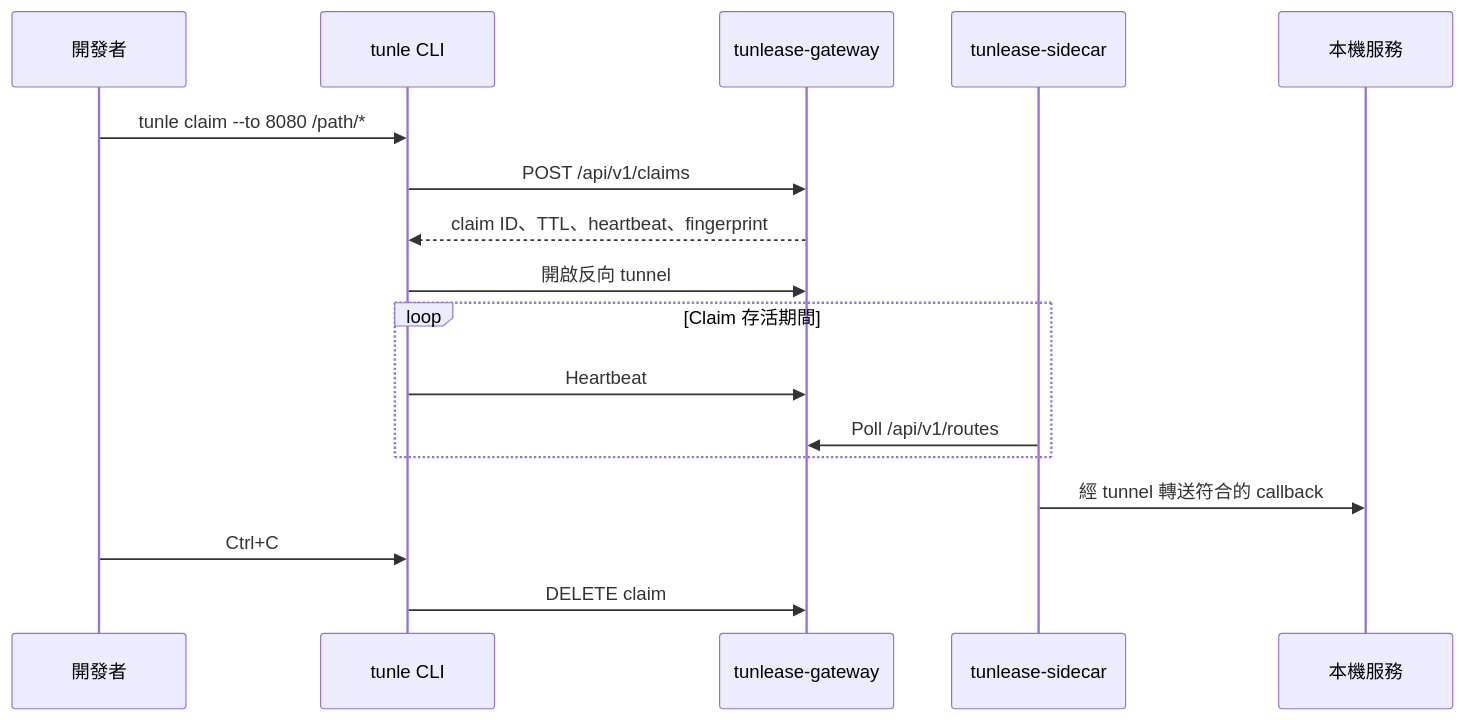
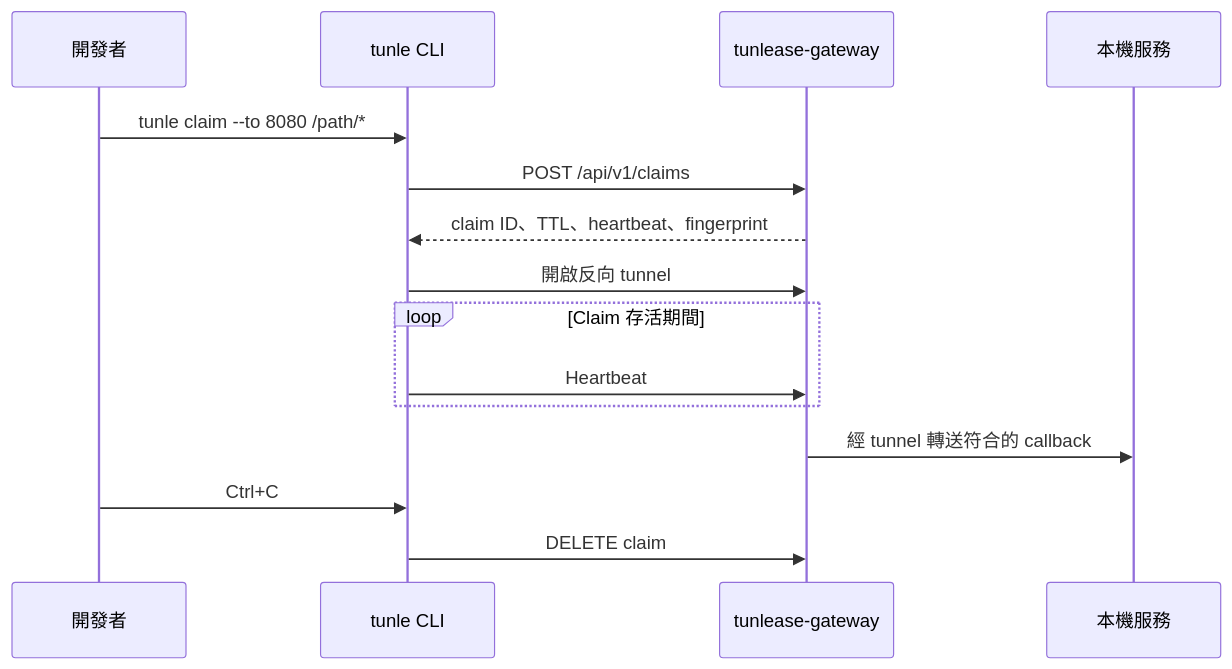
One commit to iml885203/tunlease changed the third of 3 diagrams in docs/architecture.zh-TW.md. Above: the diagram before and after it, drawn with Mermaid. The commit also changed other lines of this file and 31 other files, not shown here.

````diff
--- a/docs/architecture.zh-TW.md
+++ b/docs/architecture.zh-TW.md
@@ -71,20 +73,18 @@
 ```mermaid
 sequenceDiagram
     participant Dev as 開發者
     participant CLI as tunle CLI
     participant GW as tunlease-gateway
-    participant SC as tunlease-sidecar
     participant Local as 本機服務
 
     Dev->>CLI: tunle claim --to 8080 /path/*
     CLI->>GW: POST /api/v1/claims
     GW-->>CLI: claim ID、TTL、heartbeat、fingerprint
     CLI->>GW: 開啟反向 tunnel
     loop Claim 存活期間
         CLI->>GW: Heartbeat
-        SC->>GW: Poll /api/v1/routes
     end
-    SC->>Local: 經 tunnel 轉送符合的 callback
+    GW->>Local: 經 tunnel 轉送符合的 callback
     Dev->>CLI: Ctrl+C
     CLI->>GW: DELETE claim
 ```
````
